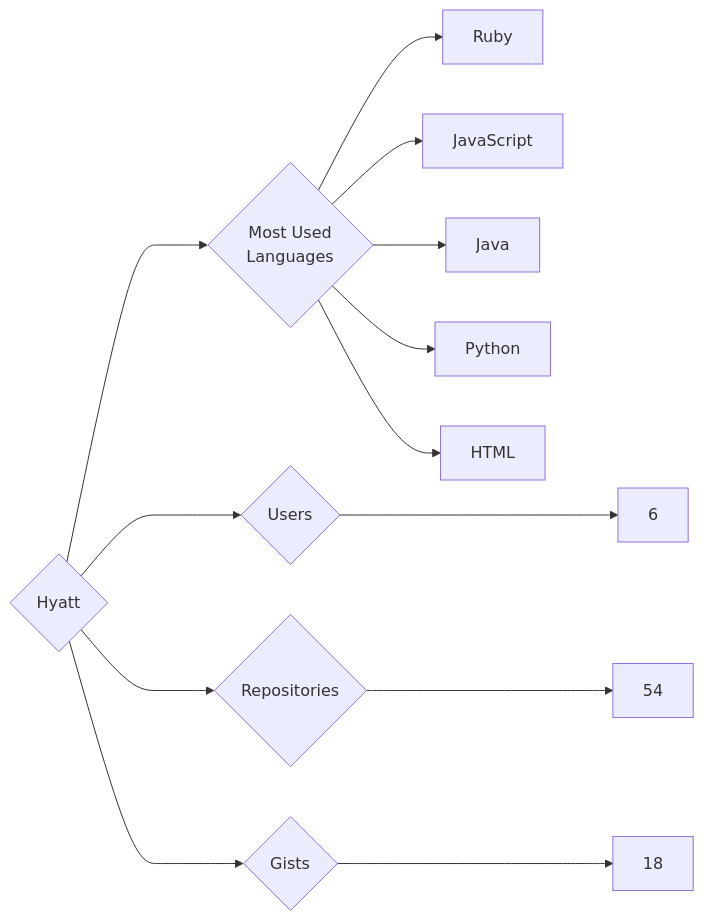
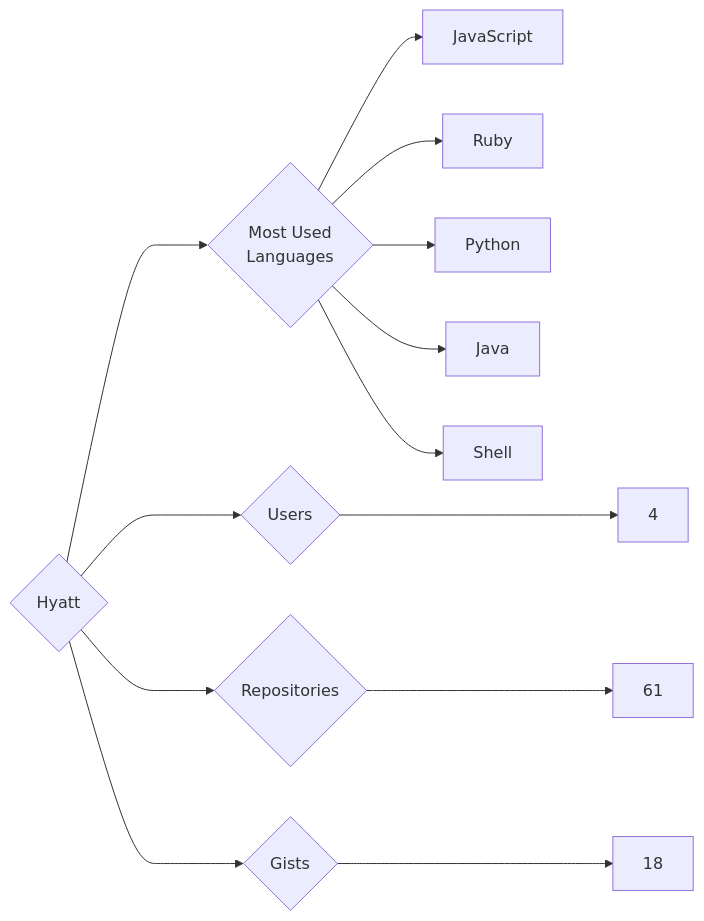
One commit to trickest/insiders changed the diagram in targets/Hyatt/README.md. Above: the diagram before and after it, drawn with Mermaid. The commit also changed 1175 other files, not shown here.

````diff
--- a/targets/Hyatt/README.md
+++ b/targets/Hyatt/README.md
@@ -3,13 +3,13 @@
 ```mermaid
 graph LR
 COMPANY_NAME{Hyatt}
-COMPANY_NAME ---> U{Users} ---> UN[6]
-COMPANY_NAME ---> R{Repositories} ---> RN[54]
+COMPANY_NAME ---> U{Users} ---> UN[4]
+COMPANY_NAME ---> R{Repositories} ---> RN[61]
 COMPANY_NAME ---> G{Gists} ---> GN[18]
 COMPANY_NAME ---> ML{Most Used<br>Languages}
+ML --> JavaScript[JavaScript]
 ML --> Ruby[Ruby]
-ML --> JavaScript[JavaScript]
+ML --> Python[Python]
 ML --> Java[Java]
-ML --> Python[Python]
-ML --> HTML[HTML]
+ML --> Shell[Shell]
 ```
````
